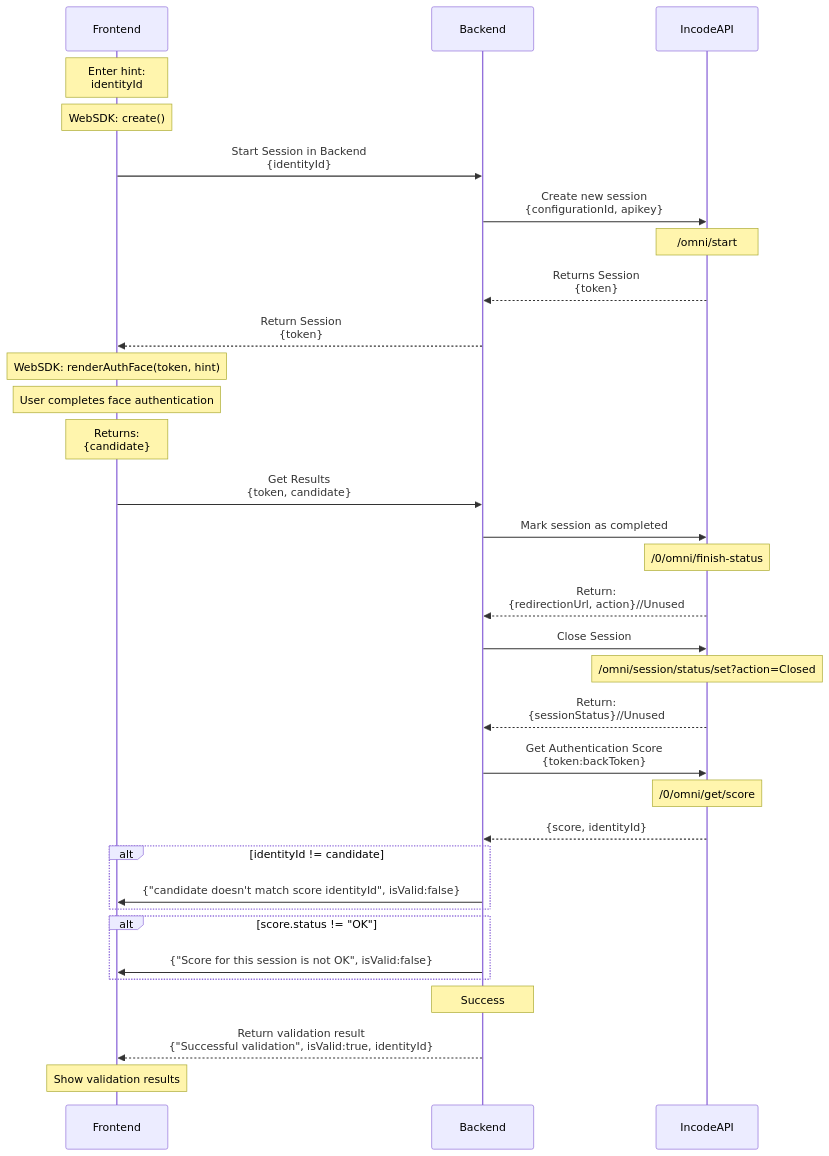
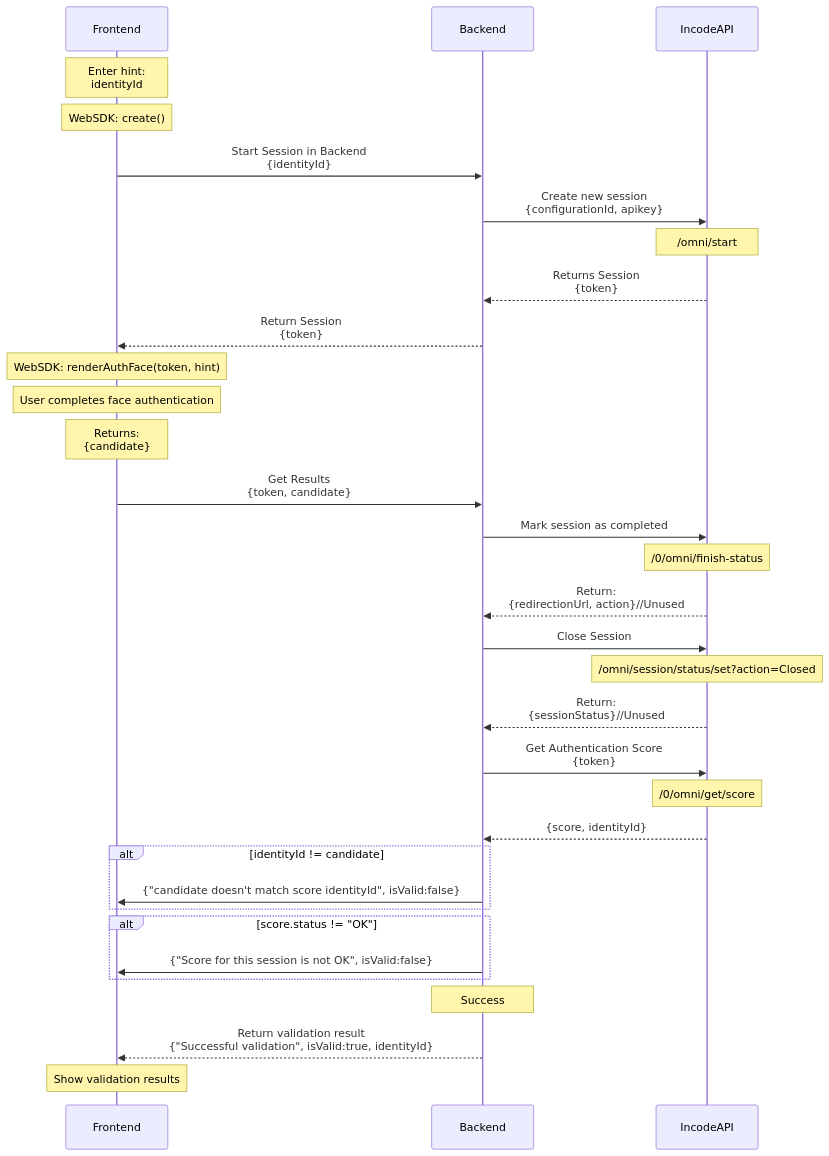
One commit to Incode-Technologies-Example-Repos/authentication-core-javascript changed the diagram in README.md. Above: the diagram before and after it, drawn with Mermaid.

````diff
--- a/README.md
+++ b/README.md
@@ -16,43 +16,43 @@
 ```mermaid
 sequenceDiagram
     participant Frontend
     participant Backend
     participant IncodeAPI
 
     Note over Frontend: Enter hint:<br>identityId
     Note over Frontend: WebSDK: create()
     Frontend->>Backend: Start Session in Backend<br>{identityId}
     Backend->>IncodeAPI: Create new session<br>{configurationId, apikey}
     Note over IncodeAPI: /omni/start
     IncodeAPI-->>Backend: Returns Session<br>{token}
     Backend-->>Frontend: Return Session<br>{token}
 
     Note over Frontend: WebSDK: renderAuthFace(token, hint)
     Note over Frontend: User completes face authentication
     Note over Frontend:Returns:<br>{candidate}
 
     Frontend->>Backend: Get Results<br>{token, candidate}
   
     Backend->>IncodeAPI: Mark session as completed
     Note over IncodeAPI: /0/omni/finish-status
     IncodeAPI-->>Backend: Return:<br>{redirectionUrl, action}//Unused
 
     Backend->>IncodeAPI: Close Session
     Note over IncodeAPI: /omni/session/status/set?action=Closed
     IncodeAPI-->>Backend: Return:<br>{sessionStatus}//Unused
 
-    Backend->>IncodeAPI: Get Authentication Score<br>{token:backToken}
+    Backend->>IncodeAPI: Get Authentication Score<br>{token}
     Note over IncodeAPI: /0/omni/get/score
     IncodeAPI-->>Backend: {score, identityId}
     alt identityId != candidate
       Backend->>Frontend: {"candidate doesn't match score identityId", isValid:false}
     end
     
     alt score.status != "OK"
       Backend->>Frontend: {"Score for this session is not OK", isValid:false}
     end
 
     Note over Backend: Success
     Backend-->>Frontend: Return validation result<br>{"Successful validation", isValid:true, identityId}
     Note over Frontend: Show validation results
 ```
````
